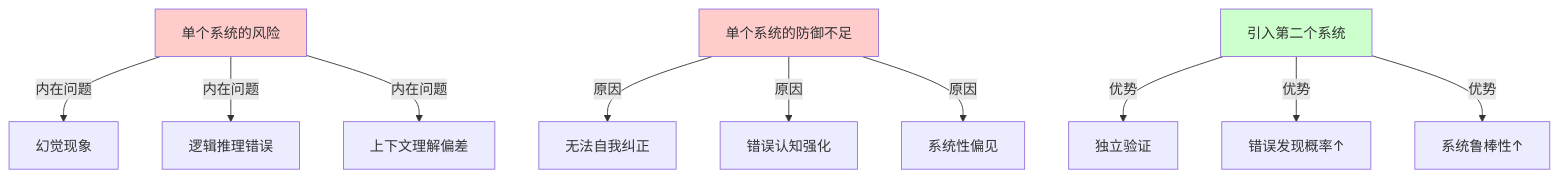
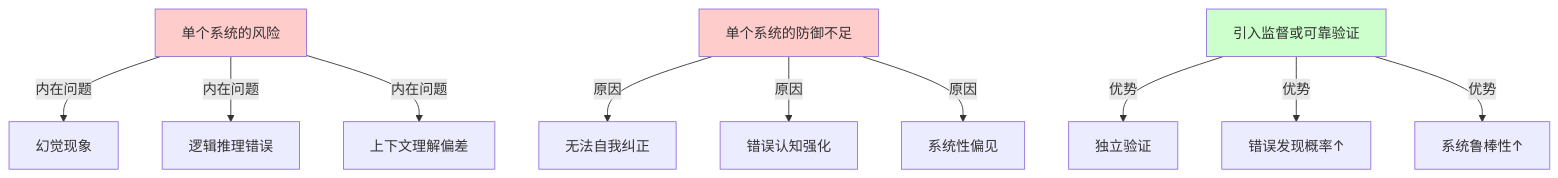
One commit to yeasy/ai_security_guide changed the first of 9 diagrams in 07_agent_rag_security/7.6_agents_rule_of_two.md. Above: the diagram before and after it, drawn with Mermaid. The commit also changed other lines of this file and 15 other files, not shown here.

````diff
--- a/07_agent_rag_security/7.6_agents_rule_of_two.md
+++ b/07_agent_rag_security/7.6_agents_rule_of_two.md
@@ -17,18 +23,18 @@
 ```mermaid
 graph TD
     A["单个系统的风险"] -->|内在问题| A1["幻觉现象"]
     A -->|内在问题| A2["逻辑推理错误"]
     A -->|内在问题| A3["上下文理解偏差"]
 
     B["单个系统的防御不足"] -->|原因| B1["无法自我纠正"]
     B -->|原因| B2["错误认知强化"]
     B -->|原因| B3["系统性偏见"]
 
-    C["引入第二个系统"] -->|优势| C1["独立验证"]
+    C["引入监督或可靠验证"] -->|优势| C1["独立验证"]
     C -->|优势| C2["错误发现概率↑"]
     C -->|优势| C3["系统鲁棒性↑"]
 
     style A fill:#ffcccc
     style B fill:#ffcccc
     style C fill:#ccffcc
 ```
````
